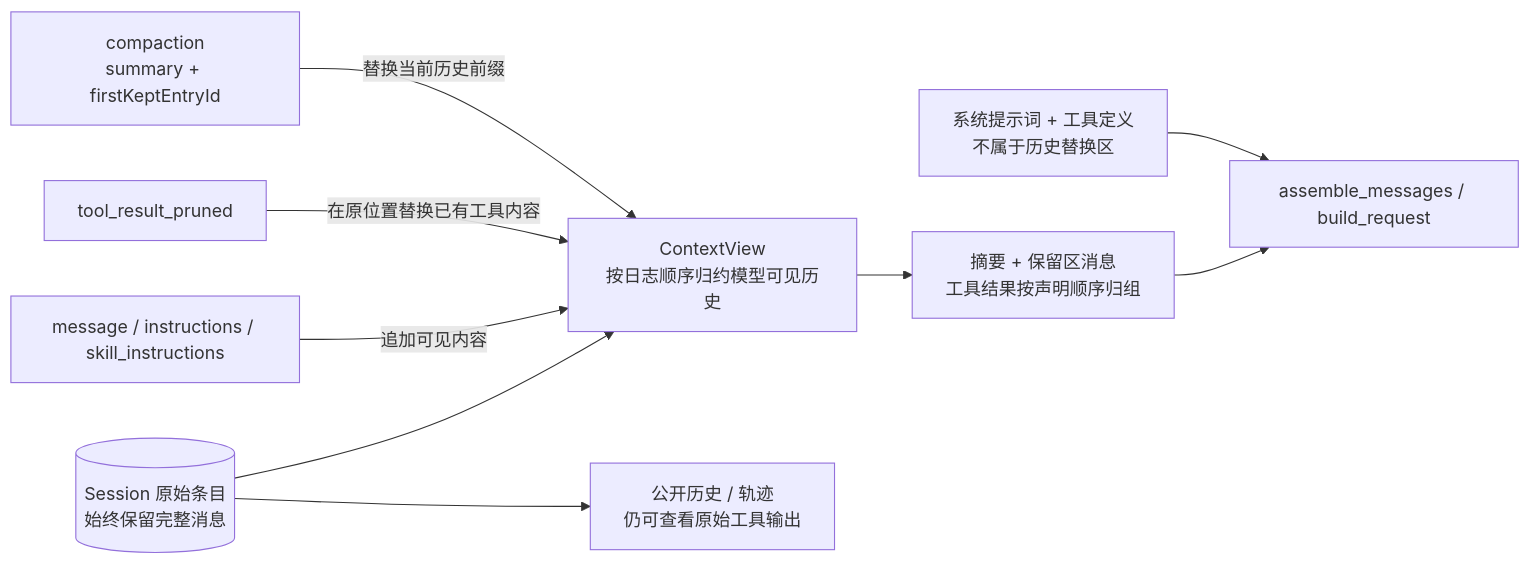
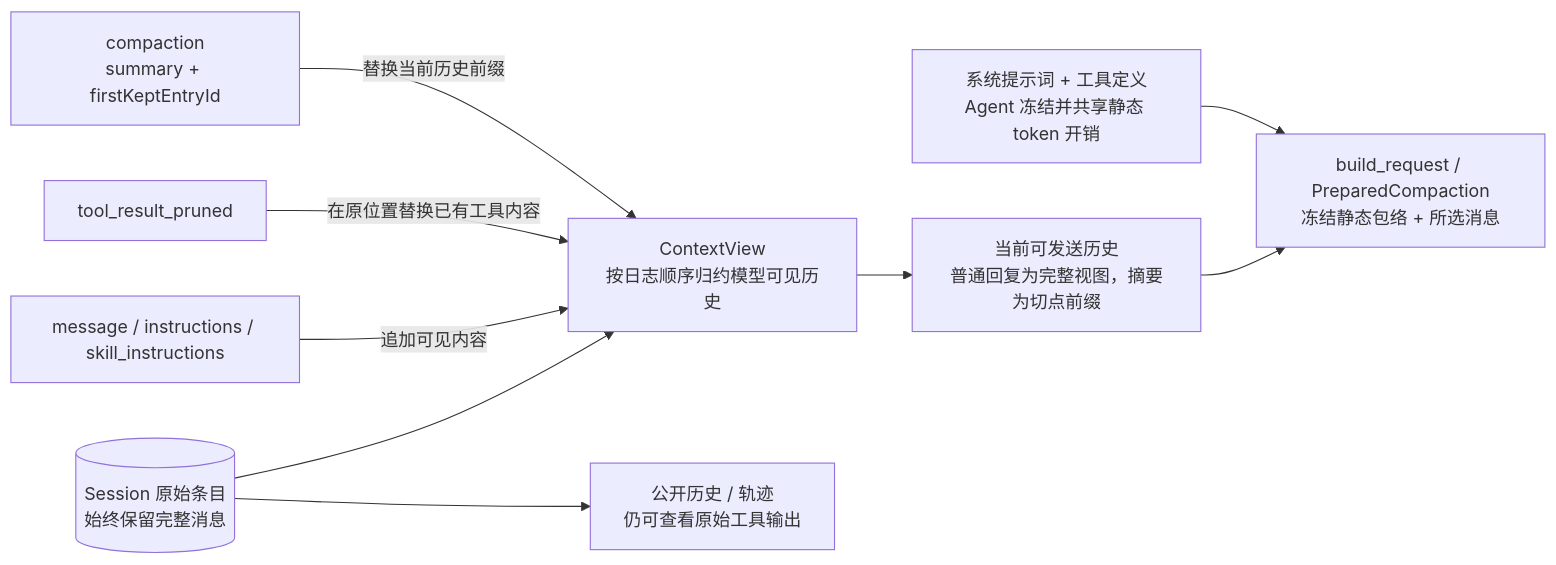
One commit to qjcnmd/singularity-agent changed diagram 22 of 29 in docs/singularity.md. Above: the diagram before and after it, drawn with Mermaid. The commit also changed other lines of this file and 27 other files, not shown here.

````diff
--- a/docs/singularity.md
+++ b/docs/singularity.md
@@ -588,12 +588,12 @@
 ```mermaid
 flowchart LR
     Ledger[("Session 原始条目<br/>始终保留完整消息")]
     Ledger --> Context["ContextView<br/>按日志顺序归约模型可见历史"]
     Ledger --> Public["公开历史 / 轨迹<br/>仍可查看原始工具输出"]
     Message["message / instructions / skill_instructions"] -->|"追加可见内容"| Context
     Prune["tool_result_pruned"] -->|"在原位置替换已有工具内容"| Context
     Compact["compaction<br/>summary + firstKeptEntryId"] -->|"替换当前历史前缀"| Context
-    Context --> History["摘要 + 保留区消息<br/>工具结果按声明顺序归组"]
-    History --> Request["assemble_messages / build_request"]
-    System["系统提示词 + 工具定义<br/>不属于历史替换区"] --> Request
+    Context --> History["当前可发送历史<br/>普通回复为完整视图，摘要为切点前缀"]
+    History --> Request["build_request / PreparedCompaction<br/>冻结静态包络 + 所选消息"]
+    System["系统提示词 + 工具定义<br/>Agent 冻结并共享静态 token 开销"] --> Request
 ```
````
